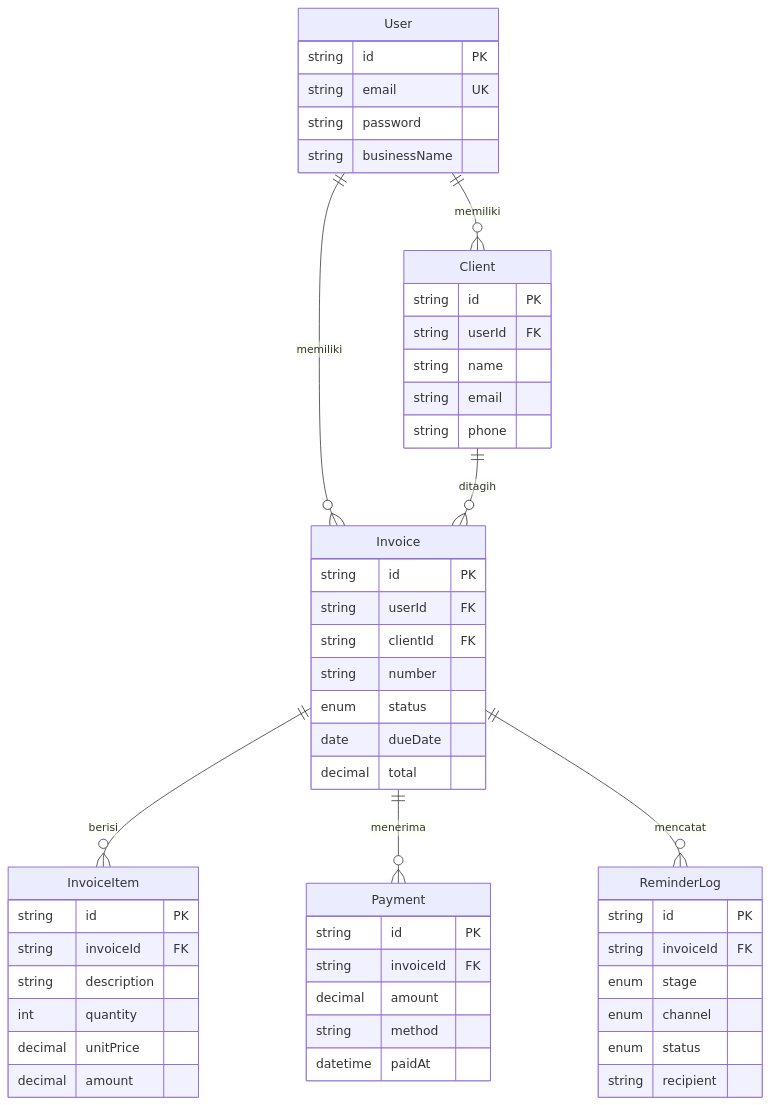
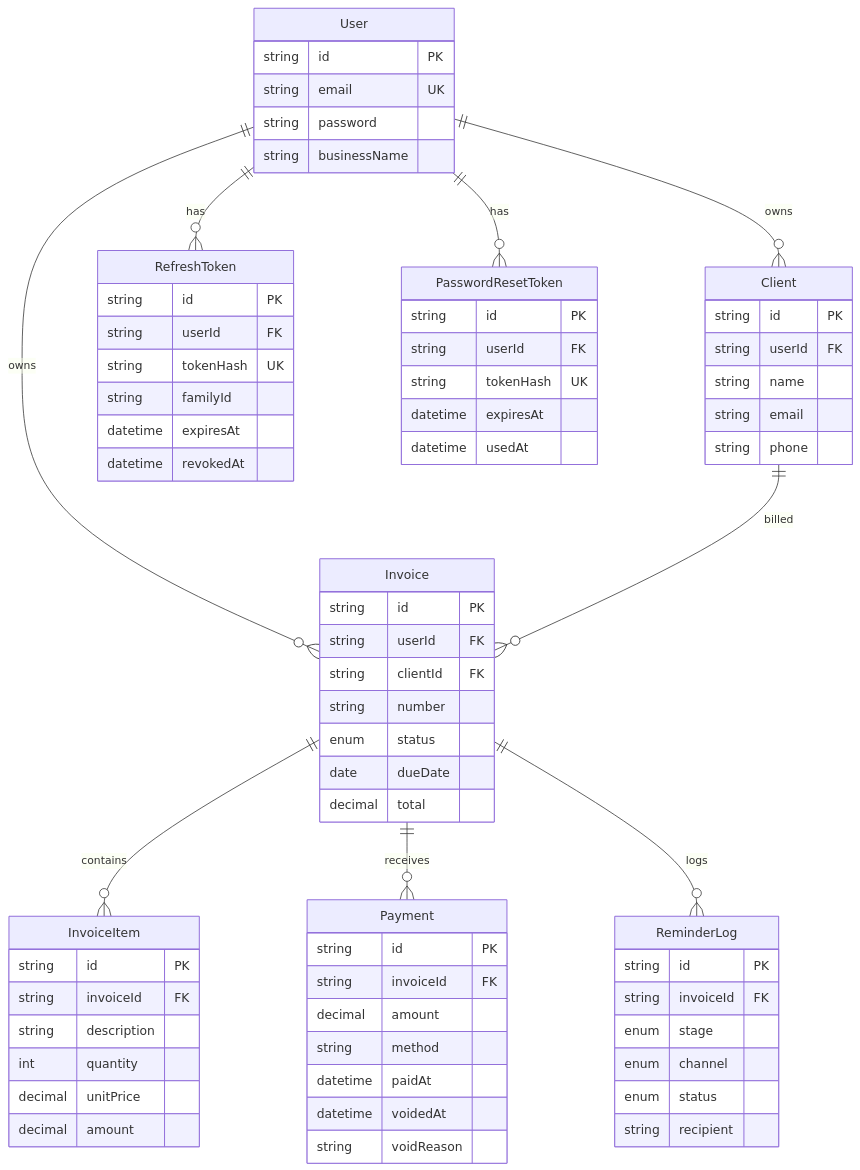
The second of 2 diagrams in README.md (tcandra24/invoice-api), drawn with Mermaid before and after one commit. The commit also changed other lines of this file and 1 other file, not shown here.

````diff
--- a/README.md
+++ b/README.md
@@ -66,55 +97,74 @@
 ```mermaid
 erDiagram
-  User ||--o{ Client : memiliki
-  User ||--o{ Invoice : memiliki
-  Client ||--o{ Invoice : ditagih
-  Invoice ||--o{ InvoiceItem : berisi
-  Invoice ||--o{ Payment : menerima
-  Invoice ||--o{ ReminderLog : mencatat
+  User ||--o{ Client : owns
+  User ||--o{ Invoice : owns
+  User ||--o{ RefreshToken : has
+  User ||--o{ PasswordResetToken : has
+  Client ||--o{ Invoice : billed
+  Invoice ||--o{ InvoiceItem : contains
+  Invoice ||--o{ Payment : receives
+  Invoice ||--o{ ReminderLog : logs
 
   User {
     string id PK
     string email UK
     string password
     string businessName
+  }
+  RefreshToken {
+    string id PK
+    string userId FK
+    string tokenHash UK
+    string familyId
+    datetime expiresAt
+    datetime revokedAt
+  }
+  PasswordResetToken {
+    string id PK
+    string userId FK
+    string tokenHash UK
+    datetime expiresAt
+    datetime usedAt
   }
   Client {
     string id PK
     string userId FK
     string name
     string email
     string phone
   }
   Invoice {
     string id PK
     string userId FK
     string clientId FK
     string number
     enum status
     date dueDate
     decimal total
   }
   InvoiceItem {
     string id PK
     string invoiceId FK
     string description
     int quantity
     decimal unitPrice
     decimal amount
   }
   Payment {
     string id PK
     string invoiceId FK
     decimal amount
     string method
     datetime paidAt
+    datetime voidedAt
+    string voidReason
   }
   ReminderLog {
     string id PK
     string invoiceId FK
     enum stage
     enum channel
     enum status
     string recipient
   }
 ```
````
